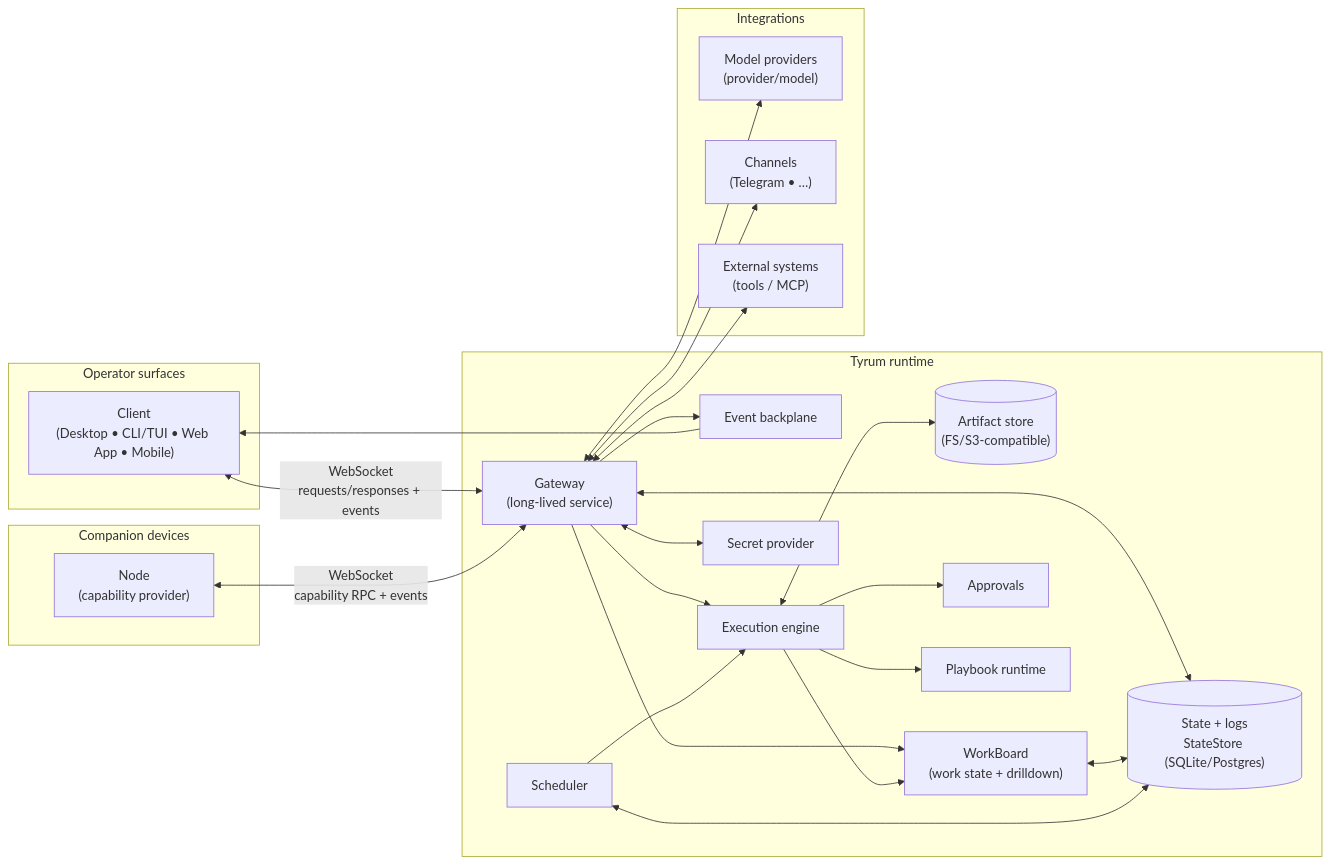
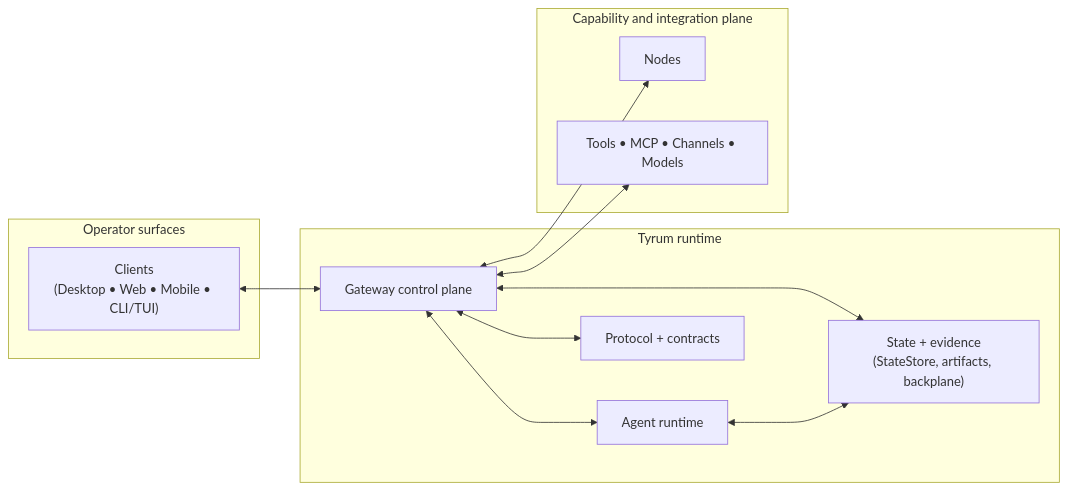
One commit to tyrumai/tyrum changed the diagram in docs/architecture/index.md. Above: the diagram before and after it, drawn with Mermaid. The commit also changed other lines of this file and 118 other files, not shown here.

Commit message:
docs: reorganize architecture docs hierarchy

````diff
--- a/docs/architecture/index.md
+++ b/docs/architecture/index.md
@@ -26,48 +22,26 @@
 ```mermaid
 flowchart LR
-  subgraph Operator["Operator surfaces"]
-    C["Client<br/>(Desktop • CLI/TUI • Web App • Mobile)"]
+  subgraph Surfaces["Operator surfaces"]
+    Client["Clients<br/>(Desktop • Web • Mobile • CLI/TUI)"]
   end
 
   subgraph Runtime["Tyrum runtime"]
-    G["Gateway<br/>(long-lived service)"]
-    DB[("State + logs<br/>StateStore (SQLite/Postgres)")]
-    AS[("Artifact store<br/>(FS/S3-compatible)")]
-    EV["Event backplane"]
-    ENG["Execution engine"]
-    WB["WorkBoard<br/>(work state + drilldown)"]
-    APPR["Approvals"]
-    SCH["Scheduler"]
-    PB["Playbook runtime"]
-    SEC["Secret provider"]
+    Gateway["Gateway control plane"]
+    Agent["Agent runtime"]
+    Protocol["Protocol + contracts"]
+    State["State + evidence<br/>(StateStore, artifacts, backplane)"]
   end
 
-  subgraph Devices["Companion devices"]
-    N["Node<br/>(capability provider)"]
+  subgraph Providers["Capability and integration plane"]
+    Node["Nodes"]
+    Ext["Tools • MCP • Channels • Models"]
   end
 
-  subgraph Integrations["Integrations"]
-    M["Model providers<br/>(provider/model)"]
-    CH["Channels<br/>(Telegram • …)"]
-    EXT["External systems<br/>(tools / MCP)"]
-  end
-
-  C <--> |"WebSocket<br/>requests/responses + events"| G
-  N <--> |"WebSocket<br/>capability RPC + events"| G
-  G <--> DB
-  ENG <--> AS
-  WB <--> DB
-  G --> EV
-  EV --> C
-  G --> ENG
-  G --> WB
-  ENG --> WB
-  SCH <--> DB
-  SCH --> ENG
-  ENG --> APPR
-  ENG --> PB
-  G <--> SEC
-  G <--> M
-  G <--> CH
-  G <--> EXT
+  Client <--> Gateway
+  Gateway <--> Protocol
+  Gateway <--> Agent
+  Gateway <--> State
+  Agent <--> State
+  Gateway <--> Node
+  Gateway <--> Ext
 ```
````
